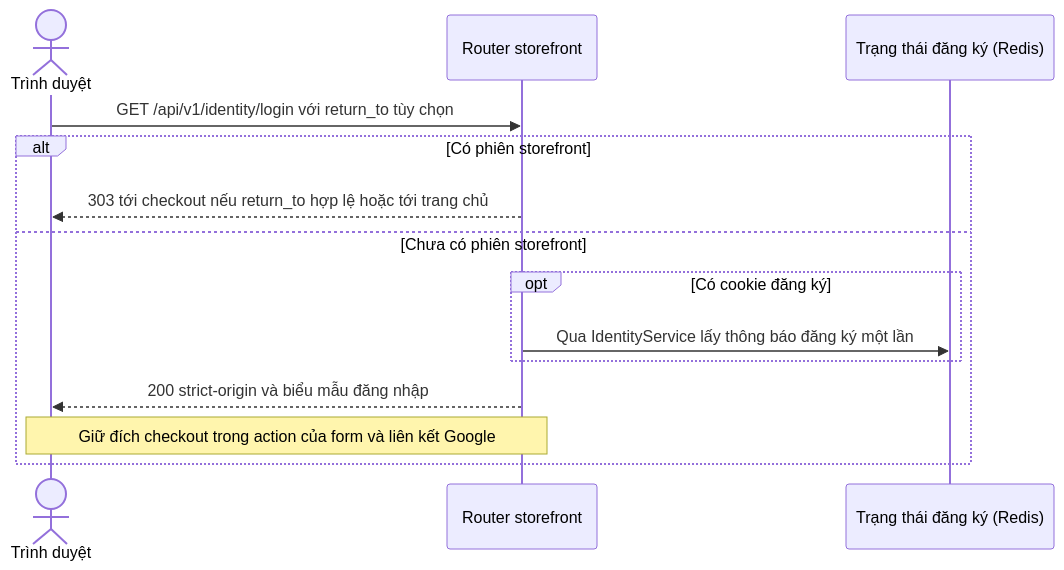
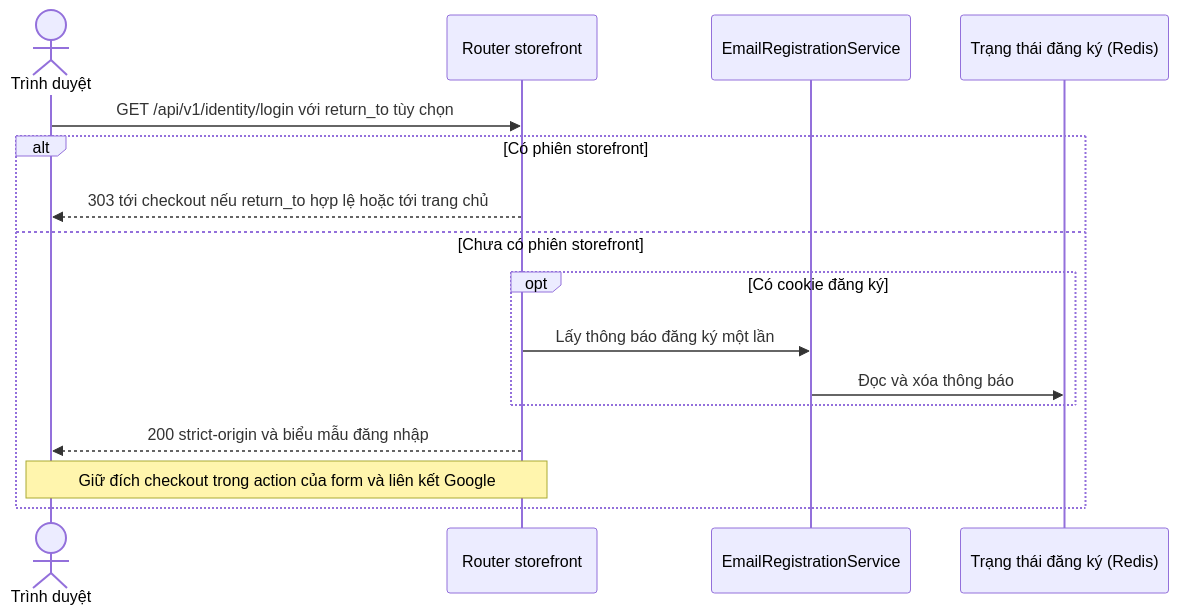
One commit to thanhklt/sobie-swimwear-e-commerce changed the diagram in docs/sequence/identity/get-login.md. Above: the diagram before and after it, drawn with Mermaid. The commit also changed other lines of this file and 127 other files, not shown here.

````diff
--- a/docs/sequence/identity/get-login.md
+++ b/docs/sequence/identity/get-login.md
@@ -5,16 +5,18 @@
 ```mermaid
 sequenceDiagram
     actor Browser as Trình duyệt
     participant Route as Router storefront
+    participant Registration as EmailRegistrationService
     participant Redis as Trạng thái đăng ký (Redis)
     Browser->>Route: GET /api/v1/identity/login với return_to tùy chọn
     alt Có phiên storefront
         Route-->>Browser: 303 tới checkout nếu return_to hợp lệ hoặc tới trang chủ
     else Chưa có phiên storefront
         opt Có cookie đăng ký
-            Route->>Redis: Qua IdentityService lấy thông báo đăng ký một lần
+            Route->>Registration: Lấy thông báo đăng ký một lần
+            Registration->>Redis: Đọc và xóa thông báo
         end
         Route-->>Browser: 200 strict-origin và biểu mẫu đăng nhập
         Note over Browser,Route: Giữ đích checkout trong action của form và liên kết Google
     end
 ```
````
